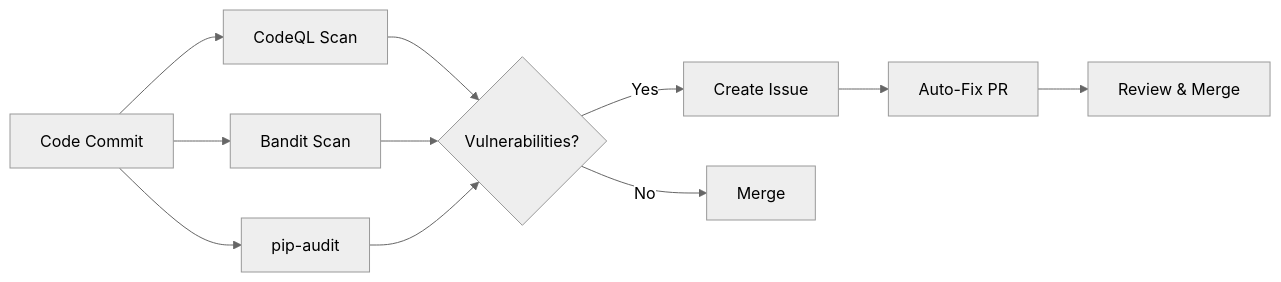
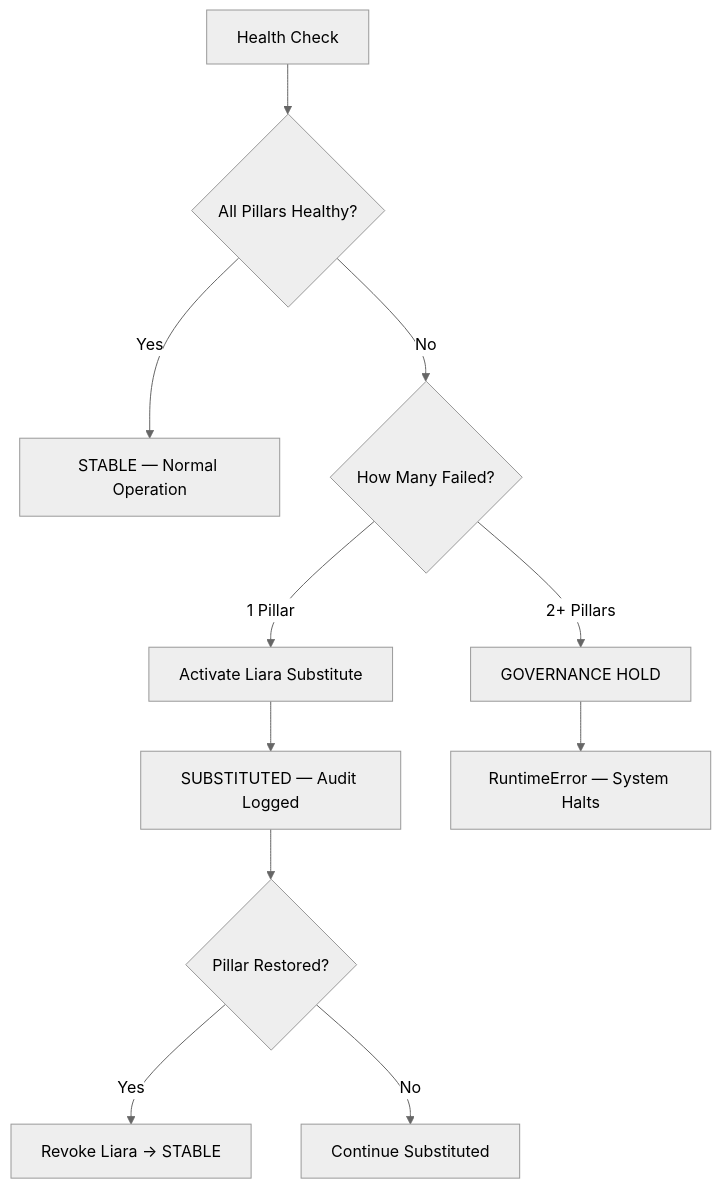
Before and after one commit to IAmSoThirsty/Project-AI: the diagram in README.md, drawn with Mermaid (neutral theme). The commit also changed other lines of this file and 2 other files, not shown here.

````diff
--- a/README.md
+++ b/README.md
@@ -581,13 +154,13 @@
 ```mermaid
-graph LR
-    A[Code Commit] --> B[CodeQL Scan]
-    A --> C[Bandit Scan]
-    A --> D[pip-audit]
-    B --> E{Vulnerabilities?}
-    C --> E
-    D --> E
-    E -->|Yes| F[Create Issue]
-    E -->|No| G[Merge]
-    F --> H[Auto-Fix PR]
-    H --> I[Review & Merge]
+graph TD
+    A[Health Check] --> B{All Pillars Healthy?}
+    B -->|Yes| C[STABLE — Normal Operation]
+    B -->|No| D{How Many Failed?}
+    D -->|1 Pillar| E[Activate Liara Substitute]
+    E --> F[SUBSTITUTED — Audit Logged]
+    D -->|2+ Pillars| G[GOVERNANCE HOLD]
+    G --> H[RuntimeError — System Halts]
+    F --> I{Pillar Restored?}
+    I -->|Yes| J[Revoke Liara → STABLE]
+    I -->|No| K[Continue Substituted]
 ```
````
